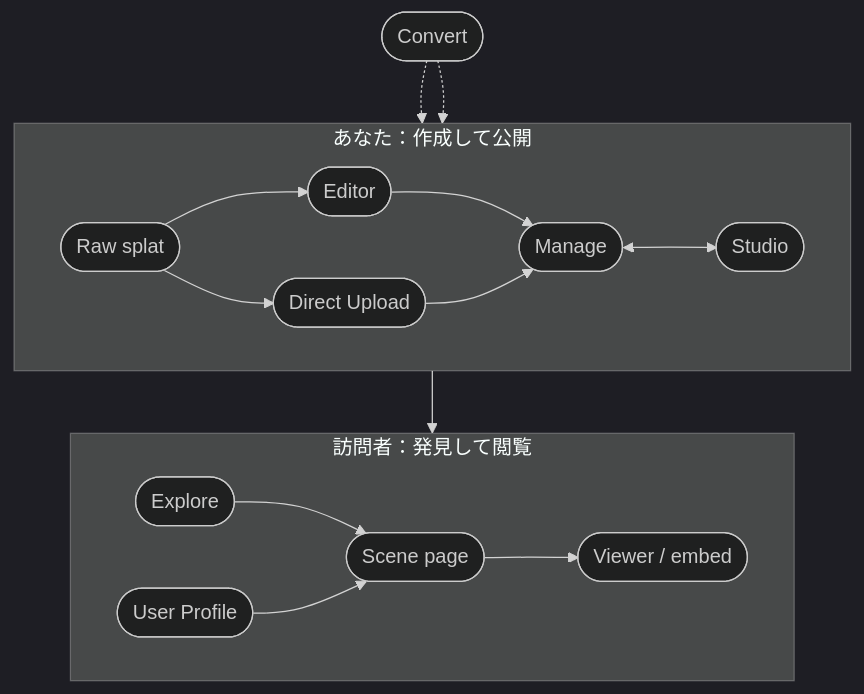
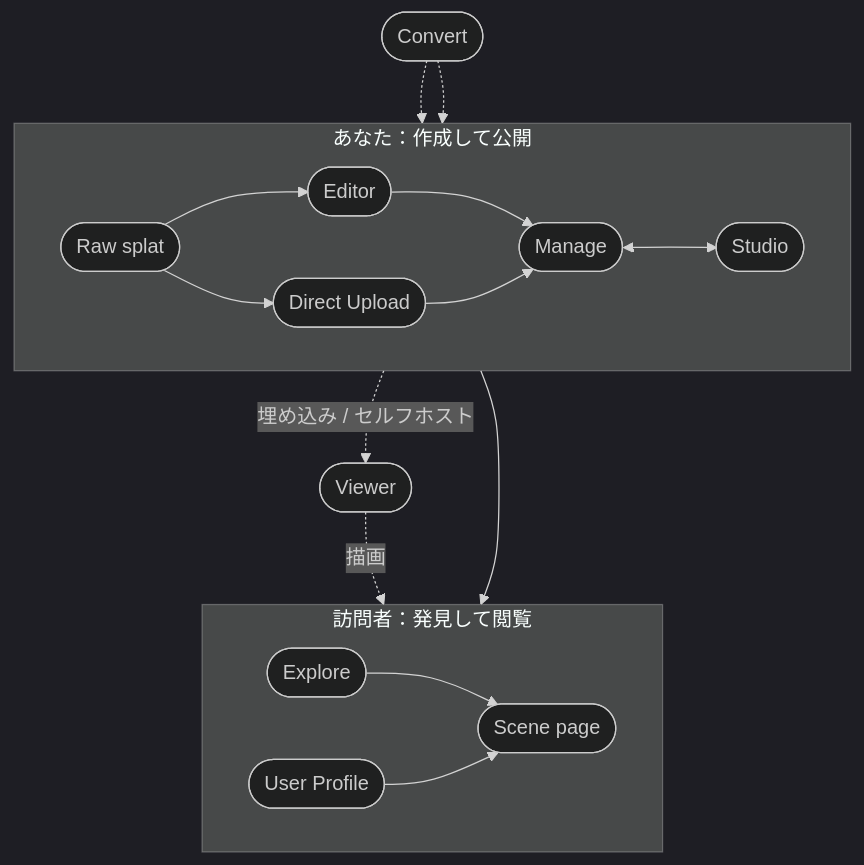
Before and after one commit to playcanvas/developer-site: the diagram in i18n/ja/docusaurus-plugin-content-docs/current/user-manual/supersplat/index.md, drawn with Mermaid (dark theme). The commit also changed 1 other file, not shown here.

Commit message:
Fix Viewer relationship in overview diagram
The Viewer isn't a destination reached from the Scene page — it's the
renderer that powers the Scene page (and is embeddable/self-hostable).
Replace scene --> viewer with: Viewer -.->|powers| Scene page, and
Manage -.->|embed / self-host| Viewer. EN + JA.

````diff
--- a/i18n/ja/docusaurus-plugin-content-docs/current/user-manual/supersplat/index.md
+++ b/i18n/ja/docusaurus-plugin-content-docs/current/user-manual/supersplat/index.md
@@ -10,23 +10,24 @@
 ```mermaid
 flowchart TB
     subgraph you [あなた：作成して公開]
         direction LR
         raw([Raw splat]) --> editor([Editor])
         raw --> upload([Direct Upload])
         editor --> manage([Manage])
         upload --> manage
         manage <--> studio([Studio])
     end
 
     manage --> scene([Scene page])
+    manage -.->|埋め込み / セルフホスト| viewer([Viewer])
+    viewer -.->|描画| scene
 
     subgraph visitors [訪問者：発見して閲覧]
         direction LR
         explore([Explore]) --> scene
         profile([User Profile]) --> scene
-        scene --> viewer([Viewer / embed])
     end
 
     convert([Convert]) -.-> editor
     convert -.-> upload
 ```
````
